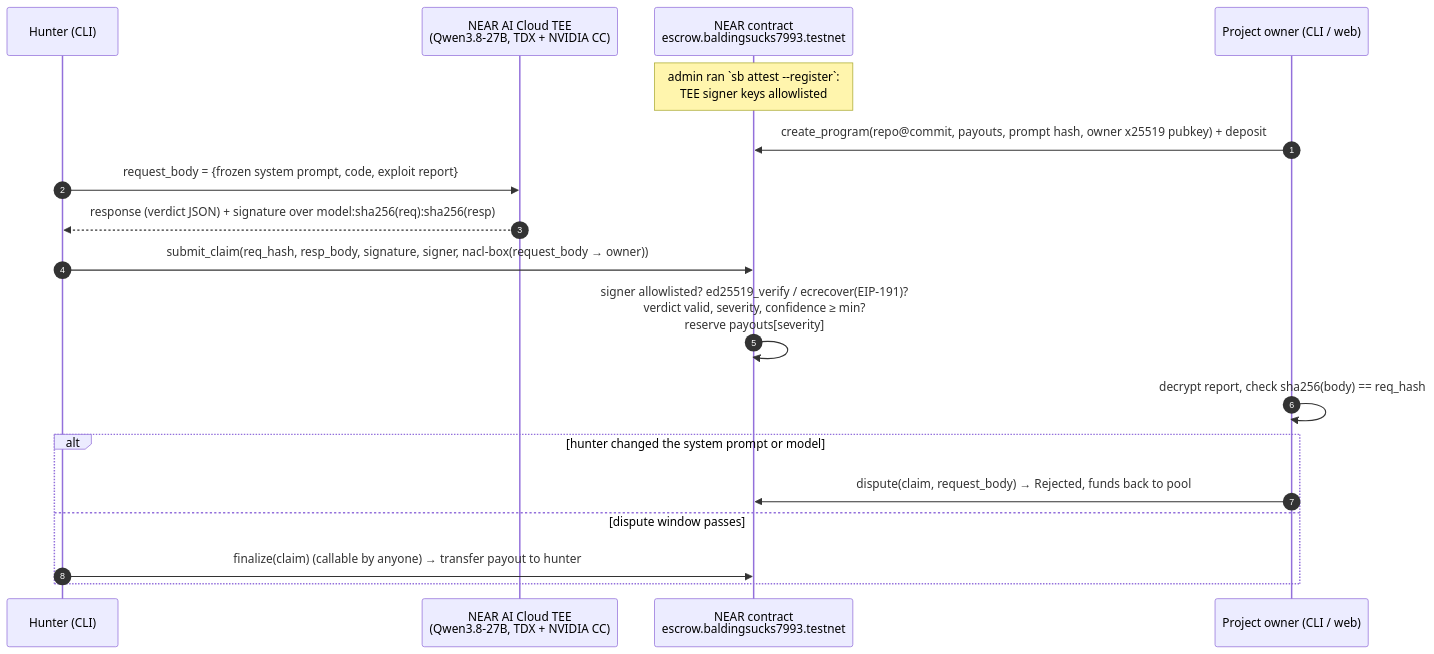
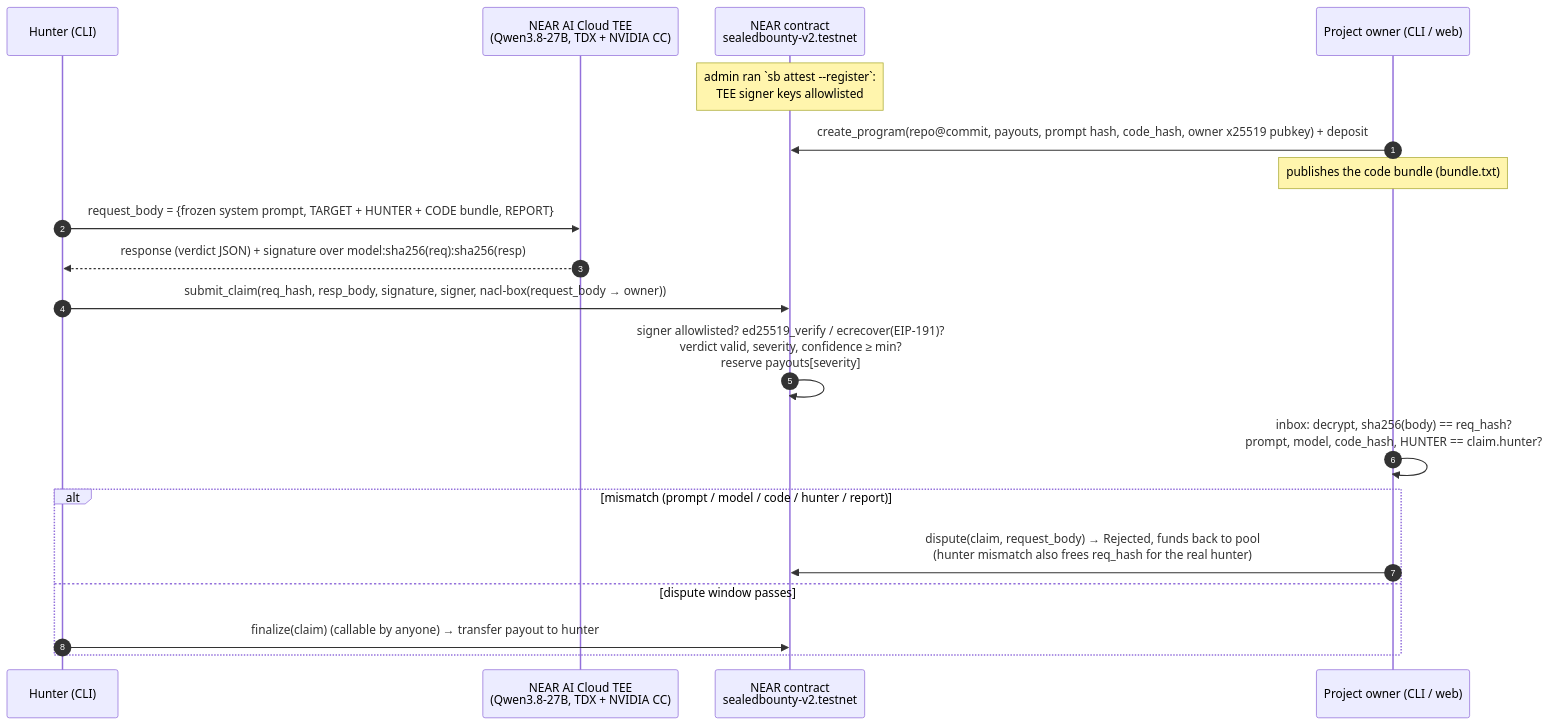
Before and after one commit to Jds-23/sealedbounty: the diagram in README.md, drawn with Mermaid. The commit also changed other lines of this file and 3 other files, not shown here.

````diff
--- a/README.md
+++ b/README.md
@@ -18,20 +26,21 @@
 ```mermaid
 sequenceDiagram
     autonumber
     participant H as Hunter (CLI)
     participant T as NEAR AI Cloud TEE<br/>(Qwen3.8-27B, TDX + NVIDIA CC)
-    participant C as NEAR contract<br/>escrow.baldingsucks7993.testnet
+    participant C as NEAR contract<br/>sealedbounty-v2.testnet
     participant O as Project owner (CLI / web)
     Note over C: admin ran `sb attest --register`:<br/>TEE signer keys allowlisted
-    O->>C: create_program(repo@commit, payouts, prompt hash, owner x25519 pubkey) + deposit
-    H->>T: request_body = {frozen system prompt, code, exploit report}
+    O->>C: create_program(repo@commit, payouts, prompt hash, code_hash, owner x25519 pubkey) + deposit
+    Note over O: publishes the code bundle (bundle.txt)
+    H->>T: request_body = {frozen system prompt, TARGET + HUNTER + CODE bundle, REPORT}
     T-->>H: response (verdict JSON) + signature over model:sha256(req):sha256(resp)
     H->>C: submit_claim(req_hash, resp_body, signature, signer, nacl-box(request_body → owner))
     C->>C: signer allowlisted? ed25519_verify / ecrecover(EIP-191)?<br/>verdict valid, severity, confidence ≥ min?<br/>reserve payouts[severity]
-    O->>O: decrypt report, check sha256(body) == req_hash
-    alt hunter changed the system prompt or model
-        O->>C: dispute(claim, request_body) → Rejected, funds back to pool
+    O->>O: inbox: decrypt, sha256(body) == req_hash?<br/>prompt, model, code_hash, HUNTER == claim.hunter?
+    alt mismatch (prompt / model / code / hunter / report)
+        O->>C: dispute(claim, request_body) → Rejected, funds back to pool<br/>(hunter mismatch also frees req_hash for the real hunter)
     else dispute window passes
         H->>C: finalize(claim) (callable by anyone) → transfer payout to hunter
     end
 ```
````
